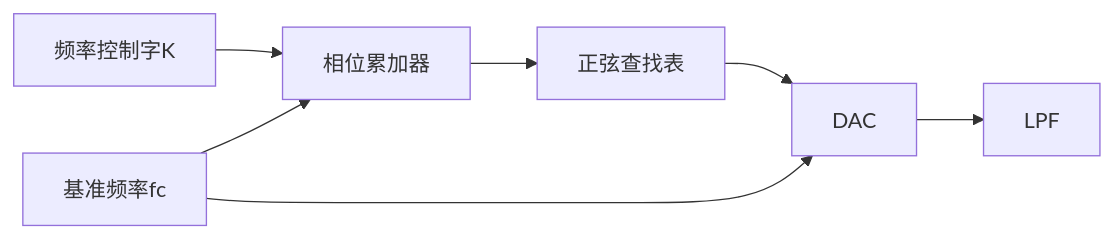
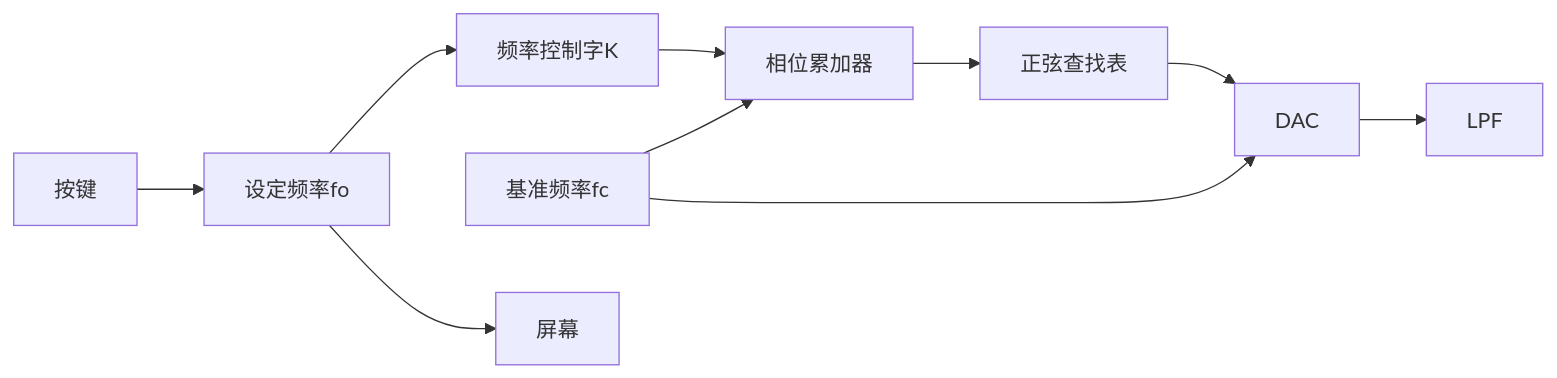
The diagram in README.md (joker4224/signal_generator), drawn with Mermaid before and after one commit. The commit also changed other lines of this file, not shown here.

````diff
--- a/README.md
+++ b/README.md
@@ -17,11 +17,13 @@
 ```mermaid
 graph LR
+	O[设定频率fo]-->A
     A[频率控制字K] --> B[相位累加器] 
     B --> C[正弦查找表]
     C --> D[DAC]
     D --> F[LPF]
     G[基准频率fc] --> B
-    G ----> D
-
+    G --> D
+	O-->I[屏幕]
+	J[按键]-->O
 
 ```
````
